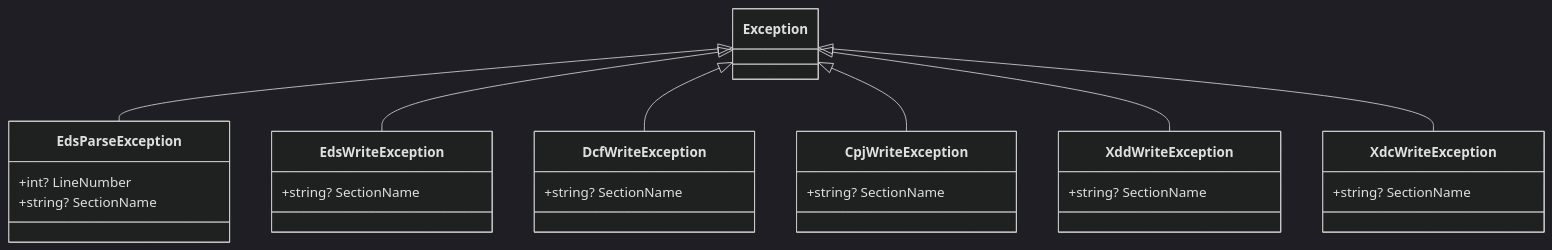
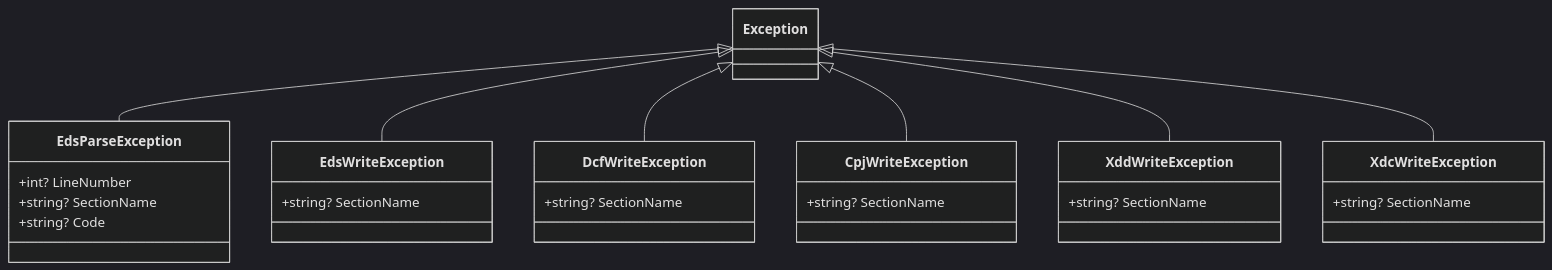
Before and after one commit to dborgards/eds-dcf-net: the seventh of 8 diagrams in docs/architecture/05-building-block-view.md, drawn with Mermaid (dark theme). The commit also changed other lines of this file and 7 other files, not shown here.

First line of the commit message:
docs: align architecture docs, remarks, examples, README with 1.13 surface (#547) (#552)

````diff
--- a/docs/architecture/05-building-block-view.md
+++ b/docs/architecture/05-building-block-view.md
@@ -278,34 +289,35 @@
 ```mermaid
 classDiagram
     Exception <|-- EdsParseException
     Exception <|-- EdsWriteException
     Exception <|-- DcfWriteException
     Exception <|-- CpjWriteException
     Exception <|-- XddWriteException
     Exception <|-- XdcWriteException
 
     class EdsParseException {
         +int? LineNumber
         +string? SectionName
+        +string? Code
     }
 
     class EdsWriteException {
         +string? SectionName
     }
 
     class DcfWriteException {
         +string? SectionName
     }
 
     class CpjWriteException {
         +string? SectionName
     }
 
     class XddWriteException {
         +string? SectionName
     }
 
     class XdcWriteException {
         +string? SectionName
     }
 ```
````
